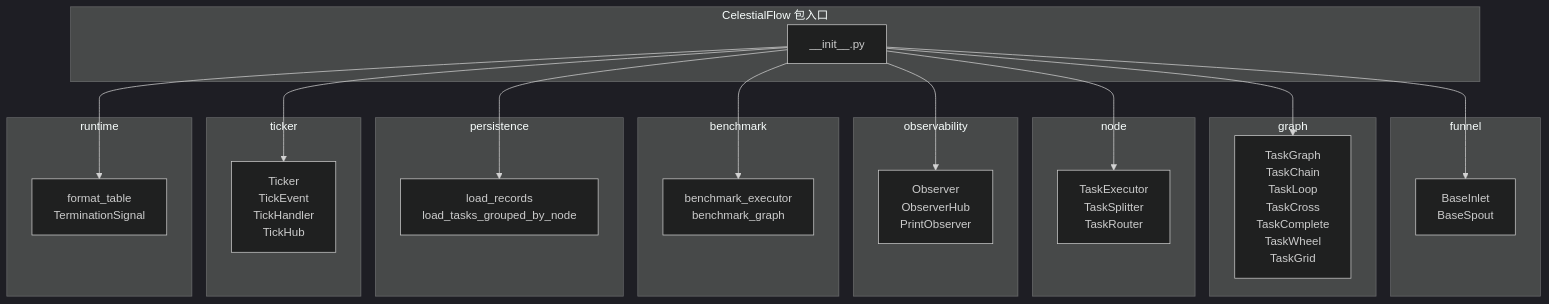
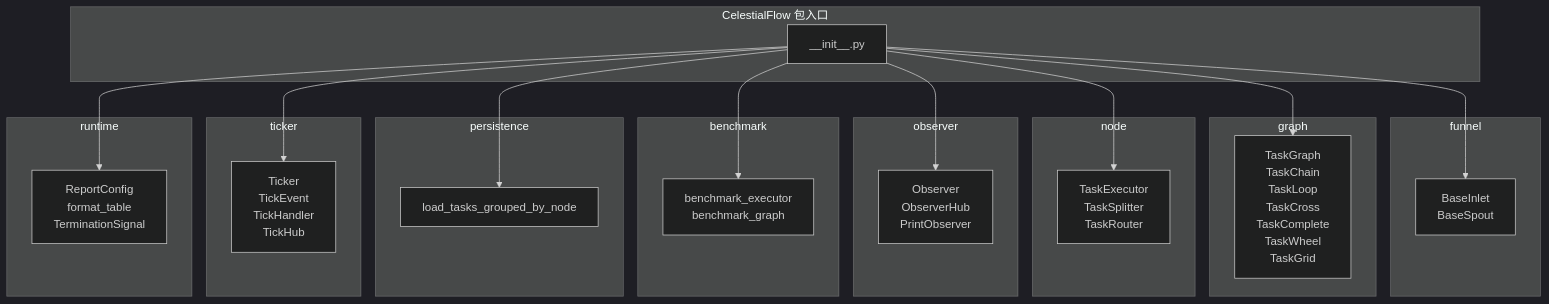
The diagram in docs/zh-CN/src/__init__.md (Mr-xiaotian/CelestialFlow), drawn with Mermaid (dark theme) before and after one commit. The commit also changed other lines of this file and 79 other files, not shown here.

````diff
--- a/docs/zh-CN/src/__init__.md
+++ b/docs/zh-CN/src/__init__.md
@@ -223,47 +263,47 @@
 ```mermaid
 graph TD
     subgraph "CelestialFlow 包入口"
         Init["__init__.py"]
     end
 
     subgraph funnel
         F["BaseInlet<br/>BaseSpout"]
     end
 
     subgraph graph
         G["TaskGraph<br/>TaskChain<br/>TaskLoop<br/>TaskCross<br/>TaskComplete<br/>TaskWheel<br/>TaskGrid"]
     end
 
     subgraph node
         S["TaskExecutor<br/>TaskSplitter<br/>TaskRouter"]
     end
 
-    subgraph observability
+    subgraph observer
         O["Observer<br/>ObserverHub<br/>PrintObserver"]
     end
 
     subgraph benchmark
         U["benchmark_executor<br/>benchmark_graph"]
     end
 
     subgraph persistence
-        P["load_records<br/>load_tasks_grouped_by_node"]
+        P["load_tasks_grouped_by_node"]
     end
 
     subgraph ticker
         K["Ticker<br/>TickEvent<br/>TickHandler<br/>TickHub"]
     end
 
     subgraph runtime
-        R["format_table<br/>TerminationSignal"]
+        R["ReportConfig<br/>format_table<br/>TerminationSignal"]
     end
 
     Init --> F
     Init --> G
     Init --> S
     Init --> O
     Init --> U
     Init --> P
     Init --> K
     Init --> R
 ```
````
